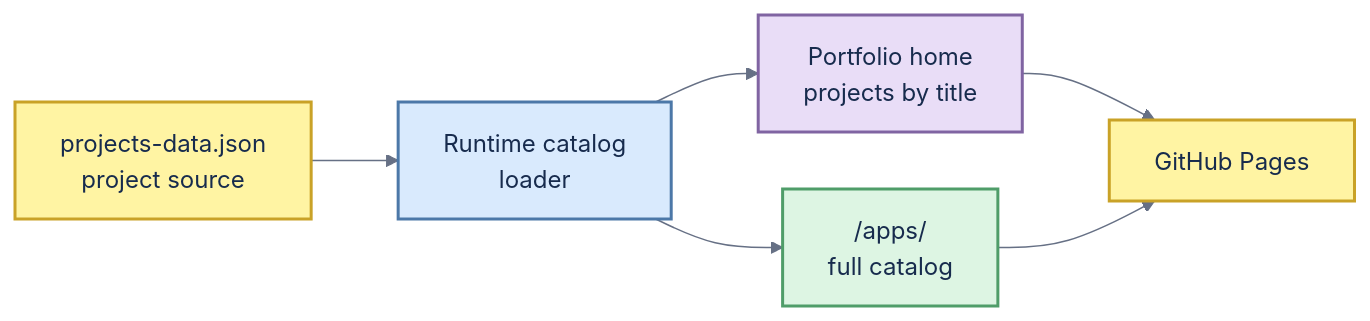
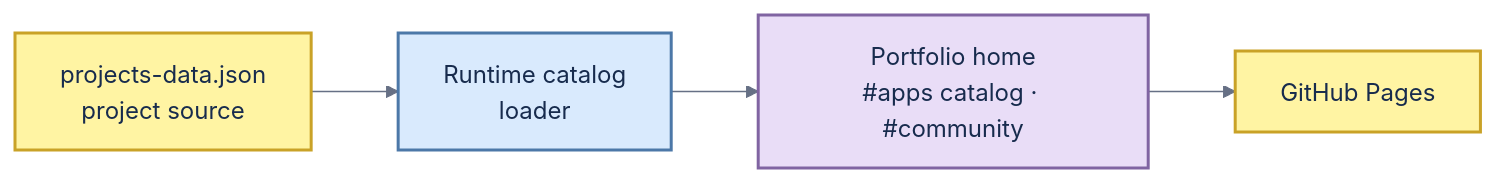
Before and after one commit to thangldw/thangldw.github.io: the diagram in README.md, drawn with Mermaid. The commit also changed other lines of this file and 25 other files, not shown here.

First line of the commit message:
Merge /apps/ and /community/ into the home page and redesign it (#75)

````diff
--- a/README.md
+++ b/README.md
@@ -7,16 +7,14 @@
 ```mermaid
 %%{init: {"theme":"base","flowchart":{"curve":"basis","nodeSpacing":38,"rankSpacing":58},"themeVariables":{"background":"#F7F7F5","fontFamily":"Inter, Arial, sans-serif","lineColor":"#667085","primaryTextColor":"#172B4D"}}}%%
 flowchart LR
     PJ["projects-data.json<br/>project source"]:::yellow --> PL["Runtime catalog<br/>loader"]:::blue
-    PL --> H["Portfolio home<br/>projects by title"]:::purple
-    PL --> A["/apps/<br/>full catalog"]:::green
+    PL --> H["Portfolio home<br/>#apps catalog · #community"]:::purple
     H --> GP["GitHub Pages"]:::yellow
-    A --> GP
     classDef yellow fill:#FFF4A3,stroke:#C9A227,stroke-width:2px,color:#172B4D
     classDef blue fill:#D9EAFD,stroke:#4C78A8,stroke-width:2px,color:#172B4D
     classDef pink fill:#FFE1E6,stroke:#C96A7B,stroke-width:2px,color:#172B4D
     classDef purple fill:#E9DDF7,stroke:#8064A2,stroke-width:2px,color:#172B4D
     classDef green fill:#DDF5E3,stroke:#4F9D69,stroke-width:2px,color:#172B4D
     classDef orange fill:#FFE2C3,stroke:#C97A2B,stroke-width:2px,color:#172B4D
     classDef cyan fill:#D9F3F0,stroke:#3B8F87,stroke-width:2px,color:#172B4D
 ```
````
